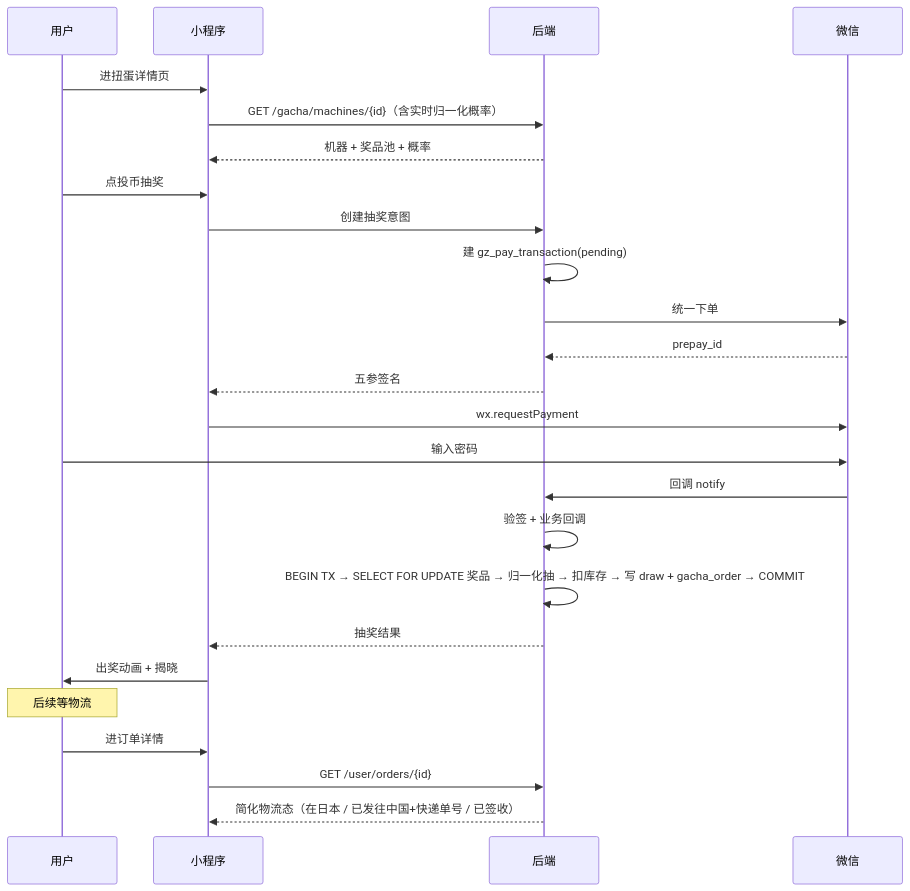
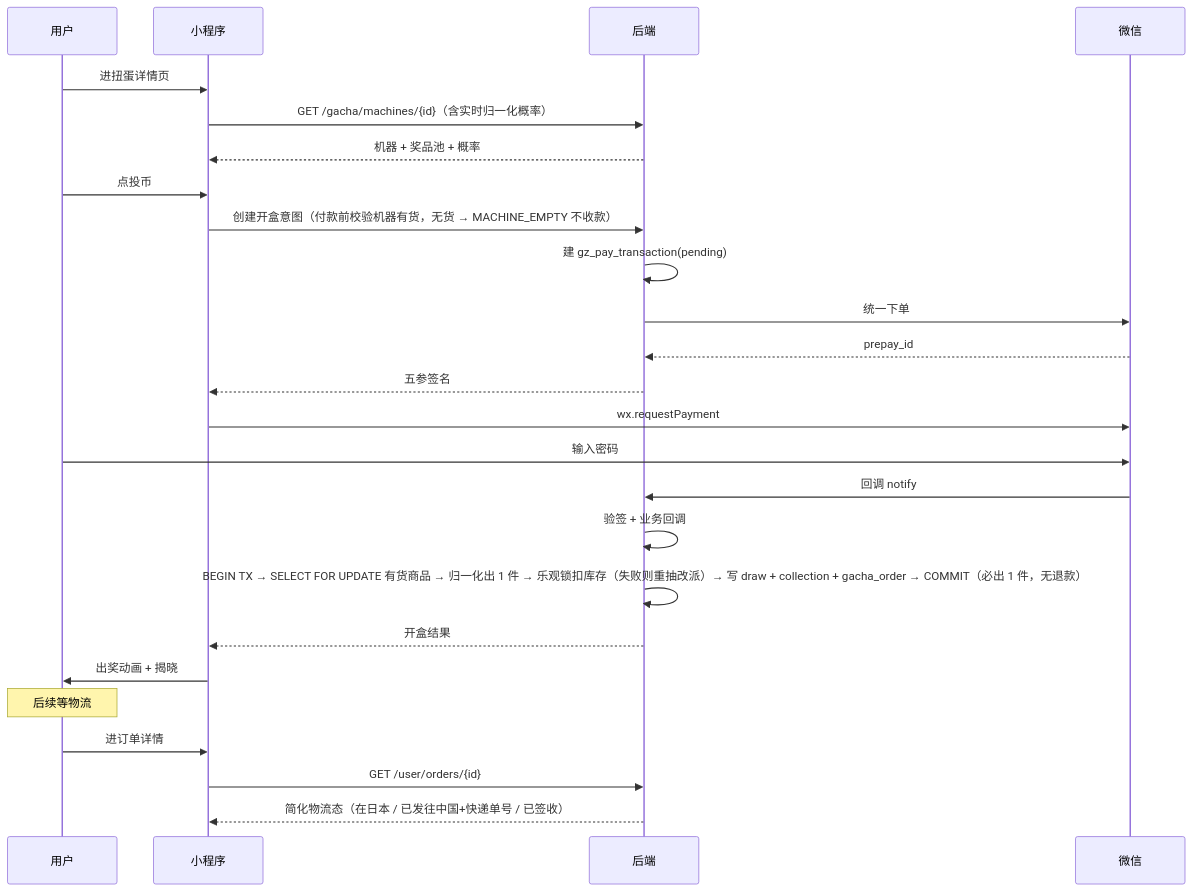
Diagram 12 of 12 in 10-业务流权威图.md (sengsengran-guzi/doc), drawn with Mermaid before and after one commit. The commit also changed other lines of this file and 10 other files, not shown here.

````diff
--- a/10-业务流权威图.md
+++ b/10-业务流权威图.md
@@ -1201,29 +1213,29 @@
 ```mermaid
 sequenceDiagram
     participant U as 用户
     participant mp as 小程序
     participant be as 后端
     participant W as 微信
 
     U->>mp: 进扭蛋详情页
     mp->>be: GET /gacha/machines/{id}（含实时归一化概率）
     be-->>mp: 机器 + 奖品池 + 概率
-    U->>mp: 点投币抽奖
-    mp->>be: 创建抽奖意图
+    U->>mp: 点投币
+    mp->>be: 创建开盒意图（付款前校验机器有货，无货 → MACHINE_EMPTY 不收款）
     be->>be: 建 gz_pay_transaction(pending)
     be->>W: 统一下单
     W-->>be: prepay_id
     be-->>mp: 五参签名
     mp->>W: wx.requestPayment
     U->>W: 输入密码
     W->>be: 回调 notify
     be->>be: 验签 + 业务回调
-    be->>be: BEGIN TX → SELECT FOR UPDATE 奖品 → 归一化抽 → 扣库存 → 写 draw + gacha_order → COMMIT
-    be-->>mp: 抽奖结果
+    be->>be: BEGIN TX → SELECT FOR UPDATE 有货商品 → 归一化出 1 件 → 乐观锁扣库存（失败则重抽改派）→ 写 draw + collection + gacha_order → COMMIT（必出 1 件，无退款）
+    be-->>mp: 开盒结果
     mp->>U: 出奖动画 + 揭晓
     
     Note over U: 后续等物流
     U->>mp: 进订单详情
     mp->>be: GET /user/orders/{id}
     be-->>mp: 简化物流态（在日本 / 已发往中国+快递单号 / 已签收）
 ```
````
